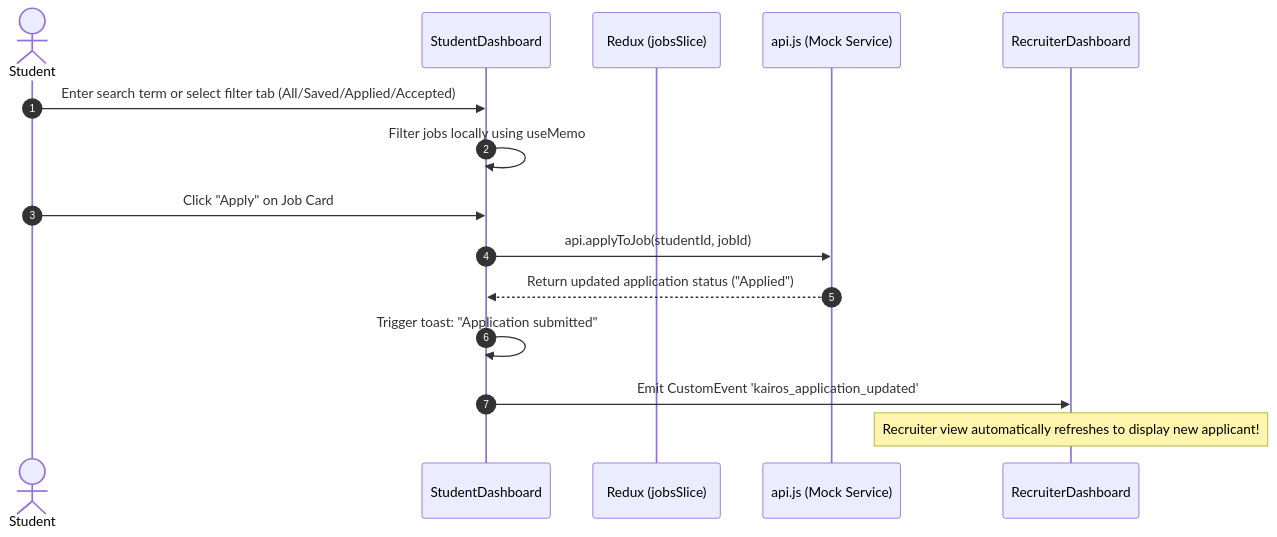
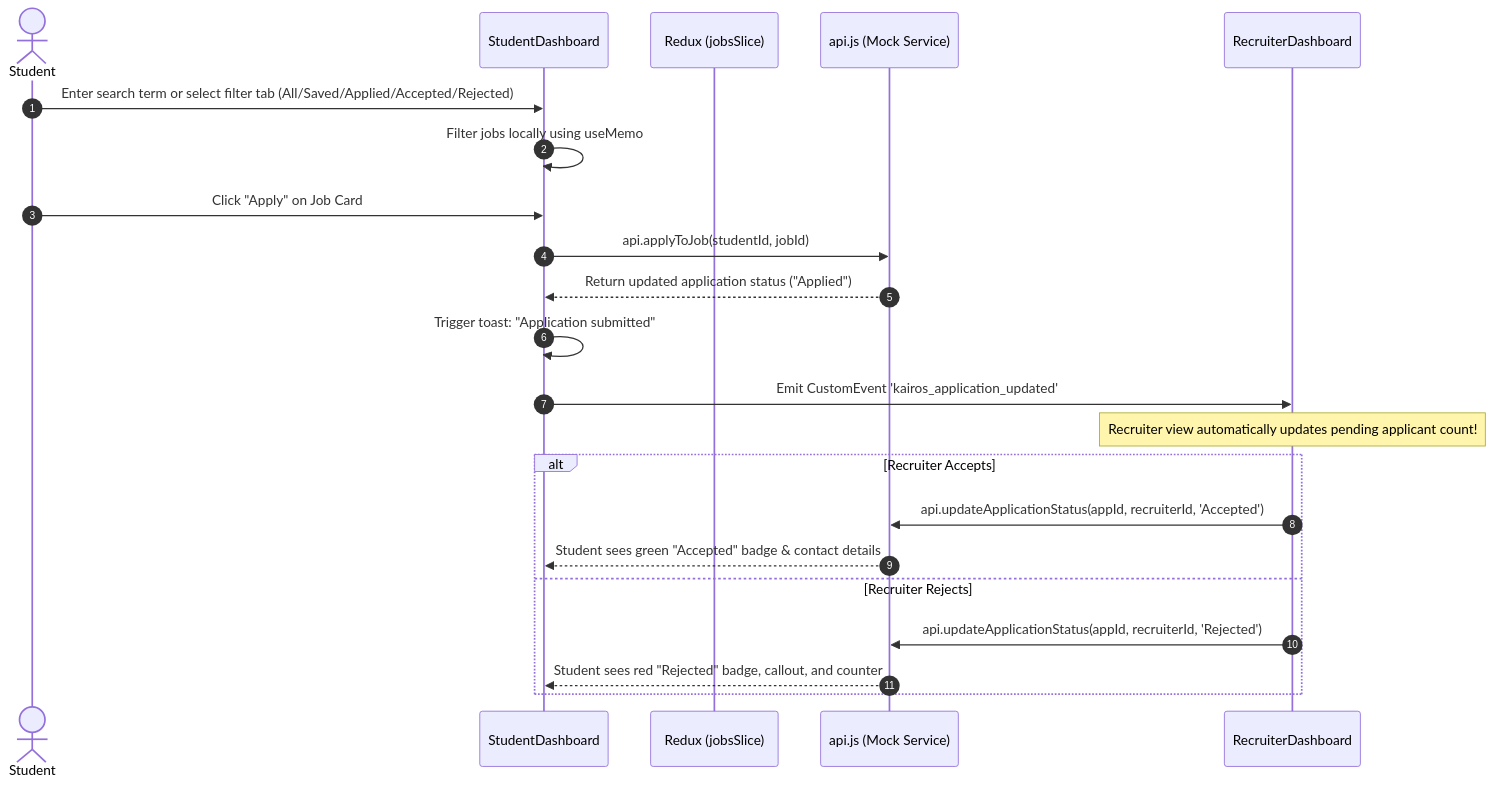
The second of 5 diagrams in FLOW.md (nikhil-partap/pulkit), drawn with Mermaid before and after one commit. The commit also changed other lines of this file and 20 other files, not shown here.

````diff
--- a/FLOW.md
+++ b/FLOW.md
@@ -72,18 +72,26 @@
 ```mermaid
 sequenceDiagram
     autonumber
     actor Student
     participant UI as StudentDashboard
     participant Store as Redux (jobsSlice)
     participant API as api.js (Mock Service)
     participant Recruiter as RecruiterDashboard
 
-    Student->>UI: Enter search term or select filter tab (All/Saved/Applied/Accepted)
+    Student->>UI: Enter search term or select filter tab (All/Saved/Applied/Accepted/Rejected)
     UI->>UI: Filter jobs locally using useMemo
     Student->>UI: Click "Apply" on Job Card
     UI->>API: api.applyToJob(studentId, jobId)
     API-->>UI: Return updated application status ("Applied")
     UI->>UI: Trigger toast: "Application submitted"
     UI->>Recruiter: Emit CustomEvent 'kairos_application_updated'
-    Note over Recruiter: Recruiter view automatically refreshes to display new applicant!
+    Note over Recruiter: Recruiter view automatically updates pending applicant count!
+    
+    alt Recruiter Accepts
+        Recruiter->>API: api.updateApplicationStatus(appId, recruiterId, 'Accepted')
+        API-->>UI: Student sees green "Accepted" badge & contact details
+    else Recruiter Rejects
+        Recruiter->>API: api.updateApplicationStatus(appId, recruiterId, 'Rejected')
+        API-->>UI: Student sees red "Rejected" badge, callout, and counter
+    end
 ```
````
